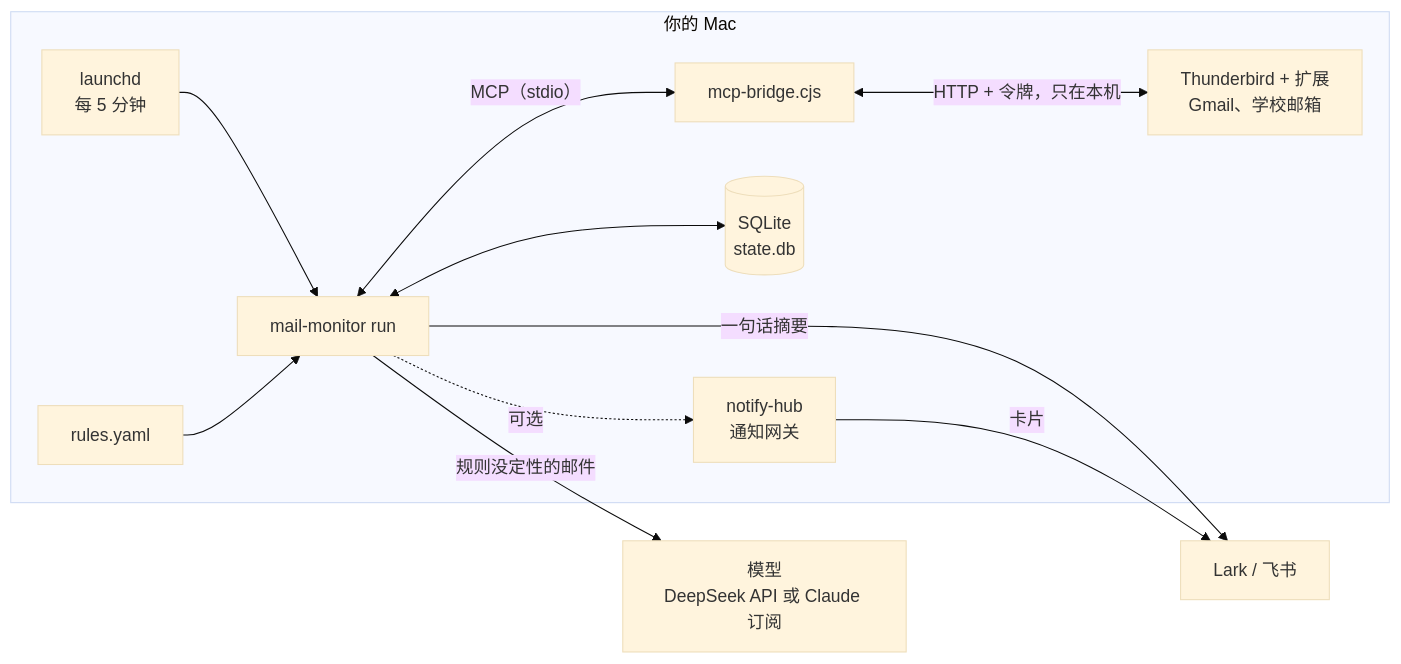
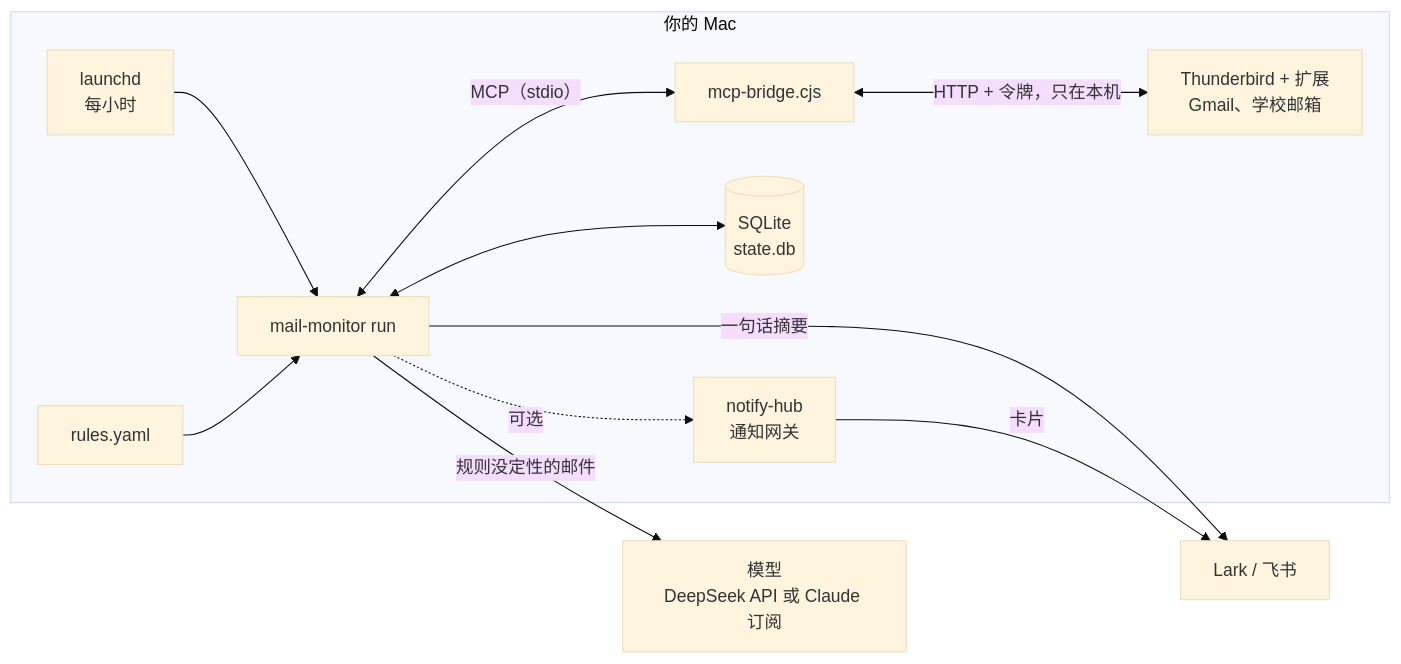
One commit to yuhang2551/thunderbird-mail-agent changed the first of 3 diagrams in monitor/docs/architecture.md. Above: the diagram before and after it, drawn with Mermaid (base theme). The commit also changed other lines of this file and 12 other files, not shown here.

````diff
--- a/monitor/docs/architecture.md
+++ b/monitor/docs/architecture.md
@@ -26,14 +26,14 @@
 ```mermaid
 flowchart LR
     subgraph mac["你的 Mac"]
-        L["launchd<br/>每 5 分钟"] --> M["mail-monitor run"]
+        L["launchd<br/>每小时"] --> M["mail-monitor run"]
         M <-->|"MCP（stdio）"| B["mcp-bridge.cjs"]
         B <-->|"HTTP + 令牌，只在本机"| T["Thunderbird + 扩展<br/>Gmail、学校邮箱"]
         M <--> D[("SQLite<br/>state.db")]
         R["rules.yaml"] --> M
         M -.->|"可选"| H["notify-hub<br/>通知网关"]
     end
     M -->|"规则没定性的邮件"| A["模型<br/>DeepSeek API 或 Claude 订阅"]
     M -->|"一句话摘要"| K["Lark / 飞书"]
     H -->|"卡片"| K
 ```
````
